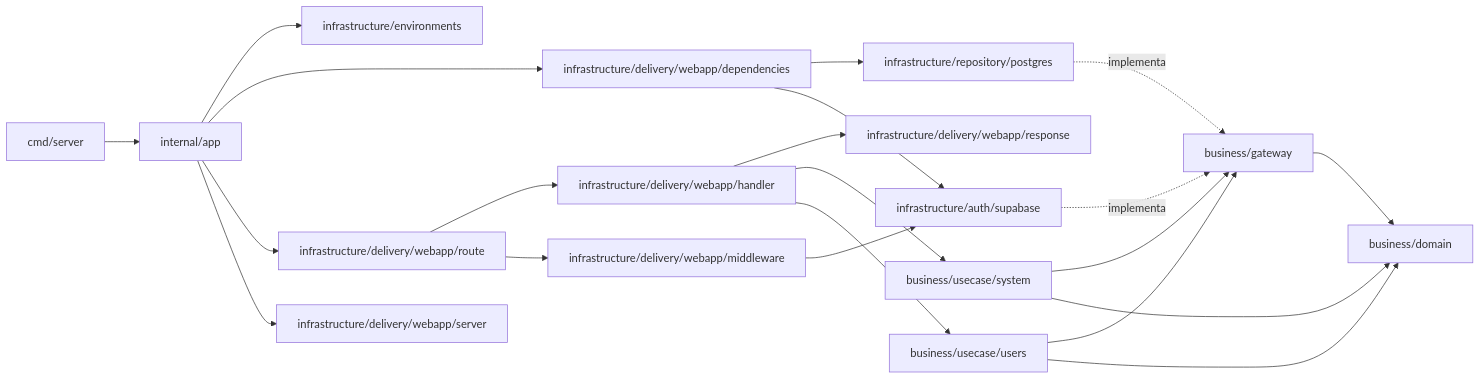
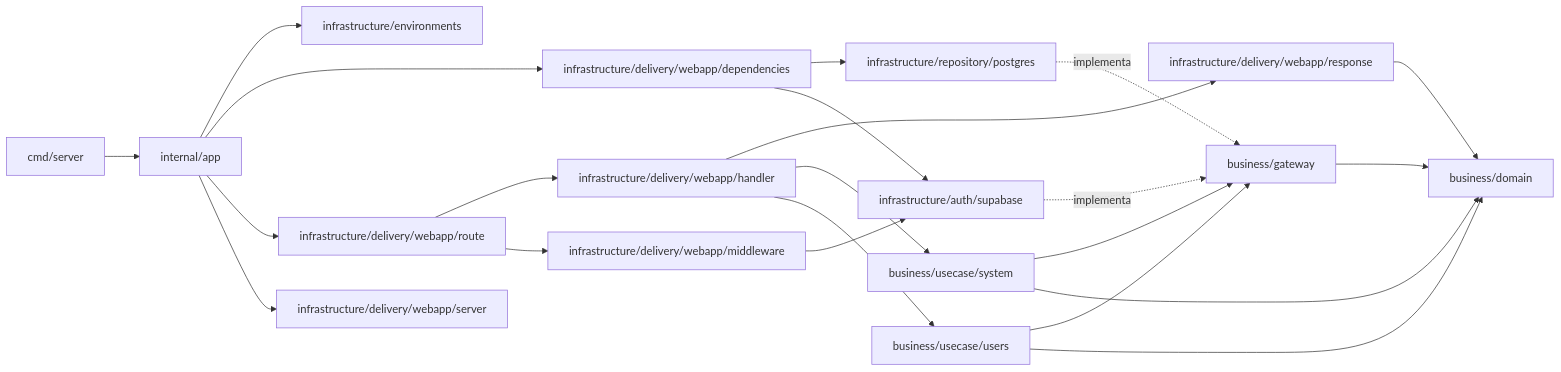
One commit to LoteoApp/LoteosAPP changed the second of 2 diagrams in docs/architecture.md. Above: the diagram before and after it, drawn with Mermaid. The commit also changed other lines of this file and 10 other files, not shown here.

````diff
--- a/docs/architecture.md
+++ b/docs/architecture.md
@@ -162,23 +167,24 @@
 ```mermaid
 flowchart LR
     main["cmd/server"] --> app["internal/app"]
     app --> environments["infrastructure/environments"]
     app --> deps["infrastructure/delivery/webapp/dependencies"]
     app --> route["infrastructure/delivery/webapp/route"]
     app --> server["infrastructure/delivery/webapp/server"]
     deps --> repo["infrastructure/repository/postgres"]
     deps --> supabase["infrastructure/auth/supabase"]
     route --> handler["infrastructure/delivery/webapp/handler"]
     route --> middleware["infrastructure/delivery/webapp/middleware"]
     middleware --> supabase
     handler --> response["infrastructure/delivery/webapp/response"]
     handler --> usecaseSystem["business/usecase/system"]
     handler --> usecaseUsers["business/usecase/users"]
     repo -.implementa.-> gateway["business/gateway"]
     supabase -.implementa.-> gateway
     usecaseSystem --> gateway
     usecaseUsers --> gateway
     usecaseSystem --> domain["business/domain"]
     usecaseUsers --> domain
+    response --> domain
     gateway --> domain
 ```
````
